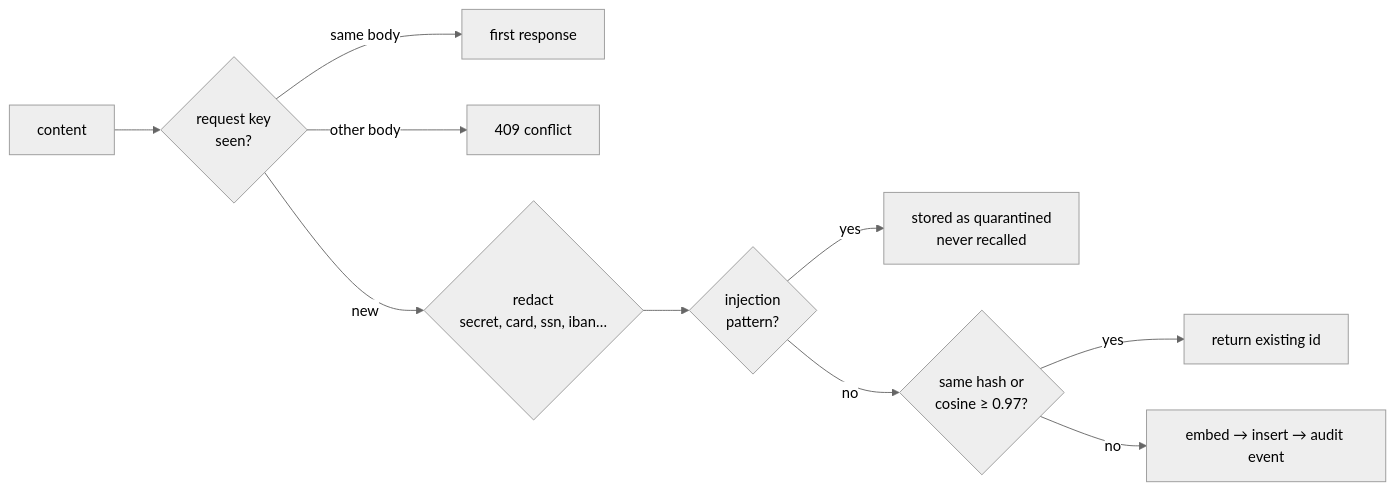
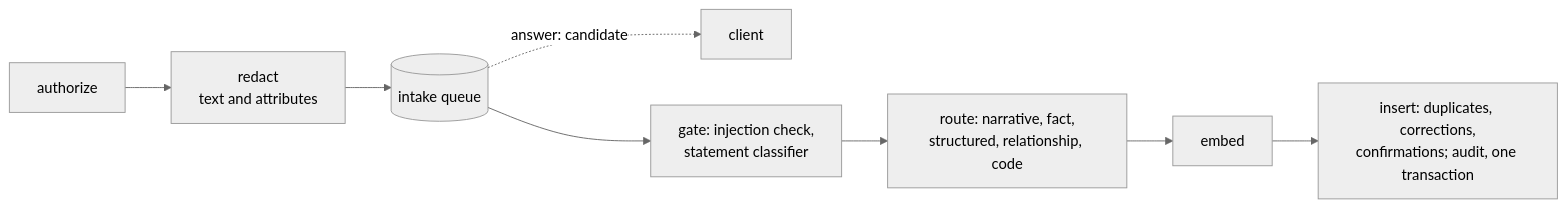
Before and after one commit to memhousehq/memhouse: the second of 4 diagrams in docs/api.md, drawn with Mermaid (neutral theme). The commit also changed other lines of this file and 42 other files, not shown here.

First line of the commit message:
G10: write pipeline v2 (staged intake, gate classification, structured routing, degradation) (#19)

````diff
--- a/docs/api.md
+++ b/docs/api.md
@@ -236,12 +241,6 @@
 ```mermaid
 flowchart LR
-    I[content] --> K{request key<br/>seen?}
-    K -- same body --> OLD[first response]
-    K -- other body --> C409[409 conflict]
-    K -- new --> R{redact<br/>secret, card, ssn, iban…}
-    R --> Q{injection<br/>pattern?}
-    Q -- yes --> QS[stored as quarantined<br/>never recalled]
-    Q -- no --> D{same hash or<br/>cosine ≥ 0.97?}
-    D -- yes --> DUP[return existing id]
-    D -- no --> W[embed → insert → audit event]
+    A[authorize] --> R[redact<br/>text and attributes] --> Q[(intake queue)]
+    Q -. answer: candidate .-> C[client]
+    Q --> G[gate: injection check,<br/>statement classifier] --> RT[route: narrative, fact,<br/>structured, relationship, code] --> E[embed] --> I[insert: duplicates, corrections,<br/>confirmations; audit, one transaction]
 ```
````
